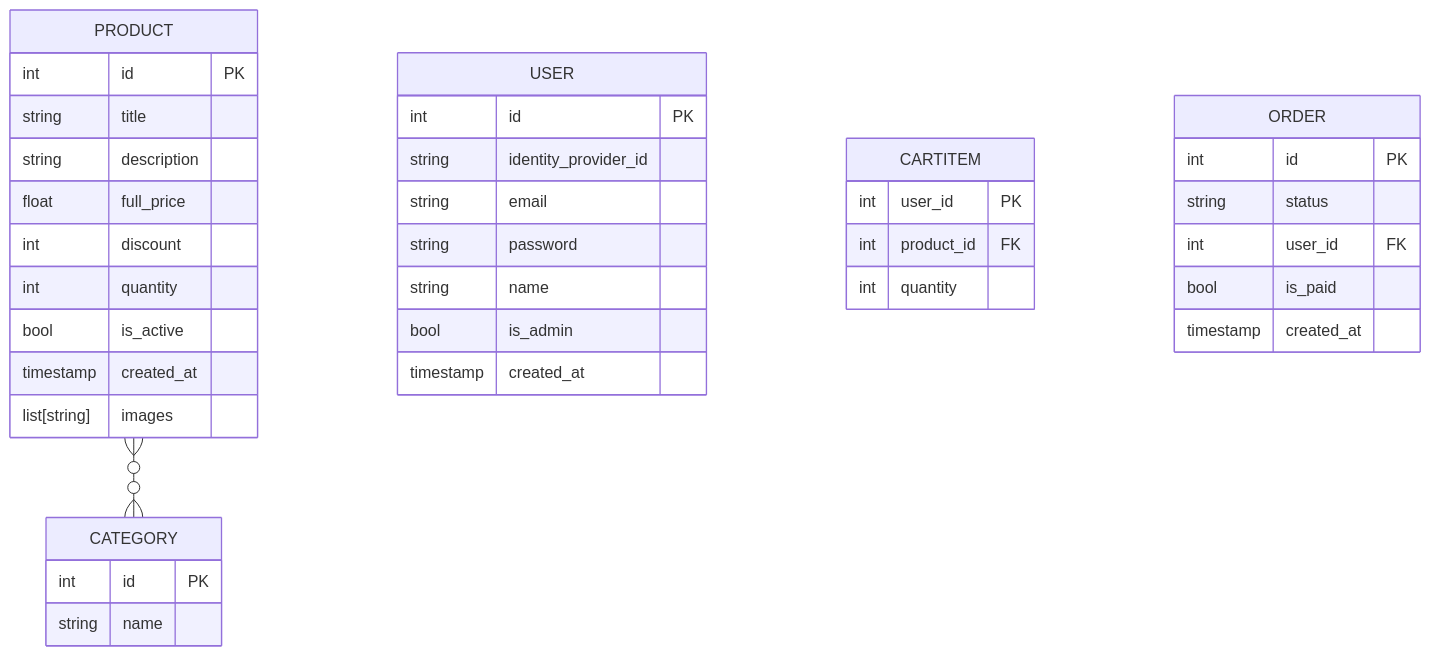
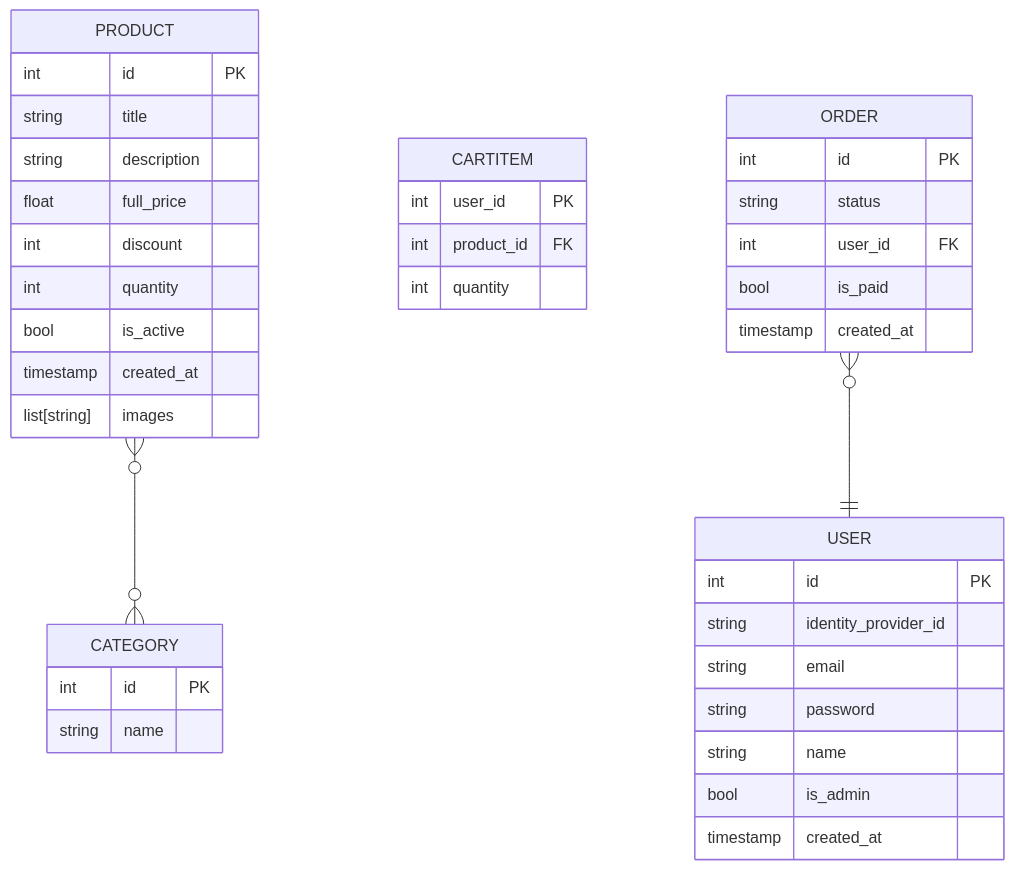
Before and after one commit to ivan-22-3-5/e-commerce: the diagram in er.md, drawn with Mermaid.

Commit message:
docs(er): add Order User relationship

````diff
--- a/er.md
+++ b/er.md
@@ -1,45 +1,46 @@
 ```mermaid
 erDiagram
     PRODUCT {
         int id PK
         string title
         string description
         float full_price
         int discount
         int quantity
         bool is_active
         timestamp created_at
         list[string] images
     }
 
     USER {
         int id PK
         string identity_provider_id
         string email 
         string password 
         string name
         bool is_admin 
         timestamp created_at
     }
     
     CATEGORY {
         int id PK
         string name
     }
 
     CARTITEM {
         int user_id PK
         int product_id FK
         int quantity 
     }
 
     ORDER {
         int id PK
         string status
         int user_id FK
         bool is_paid
         timestamp created_at
     }
 
     PRODUCT }o--o{ CATEGORY: ""
+    ORDER }o--|| USER: ""
 ```
````
